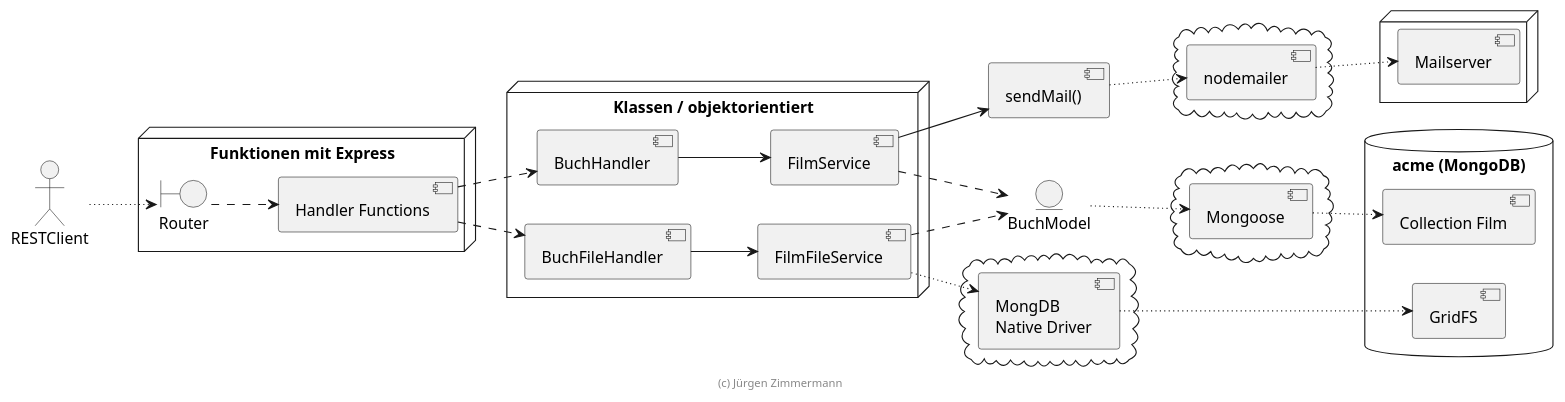
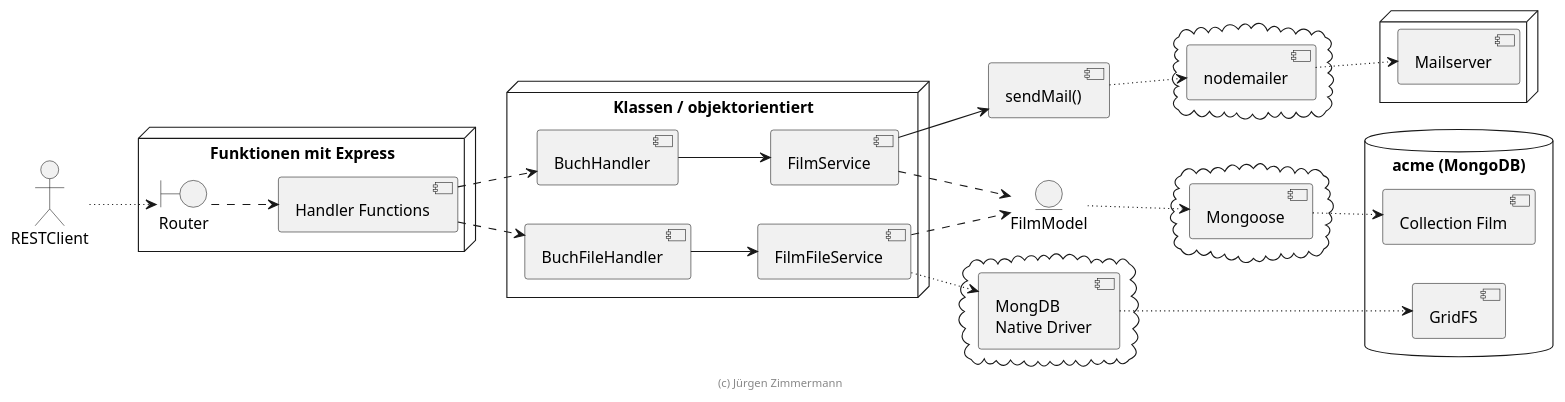
Before and after one commit to marcelmaerdian/SWE_WS2020: the diagram in doc/entwicklerhandbuch/komponenten.puml, drawn with PlantUML. The commit also changed 4 other files, not shown here.

Commit message:
FilmModel bearbeitet

```diff
--- a/doc/entwicklerhandbuch/komponenten.puml
+++ b/doc/entwicklerhandbuch/komponenten.puml
@@ -15,69 +15,69 @@
 @startuml Komponenten
 
 skinparam componentStyle uml2
 
 left to right direction
 
 actor RESTClient
 
 node "Funktionen mit Express" {
   boundary Router
   [Handler Functions]
 }
 
 node "Klassen / objektorientiert" {
   [BuchHandler]
   [BuchFileHandler]
 
   [FilmService]
   [FilmFileService]
 }
 
 [sendMail()] as sendMail
 
-entity BuchModel
+entity FilmModel
 
 cloud {
     [Mongoose]
 }
 
 cloud {
     [MongDB\nNative Driver]
 }
 
 cloud {
     [nodemailer]
 }
 
 database "acme (MongoDB)" {
     [Collection Film]
     [GridFS]
 }
 
 node {
     [Mailserver]
 }
 
 
 RESTClient ~~> [Router]
 [Router] ..> [Handler Functions]
 [Handler Functions] ..> [BuchHandler]
 [Handler Functions] ..> [BuchFileHandler]
 
 [BuchHandler] --> [FilmService]
 [BuchFileHandler] --> [FilmFileService]
-[FilmService] ..> [BuchModel]
-[FilmFileService] ..> [BuchModel]
+[FilmService] ..> [FilmModel]
+[FilmFileService] ..> [FilmModel]
 
-[BuchModel] ~~> [Mongoose]
+[FilmModel] ~~> [Mongoose]
 [FilmFileService] ~~> [MongDB\nNative Driver]
 [sendMail] ~~> [nodemailer]
 [Mongoose] ~~> [Collection Film]
 [MongDB\nNative Driver] ~~> [GridFS]
 
 [FilmService] --> [sendMail]
 [nodemailer] ~~> [Mailserver]
 
 footer (c) Jürgen Zimmermann
 
 @enduml
```
